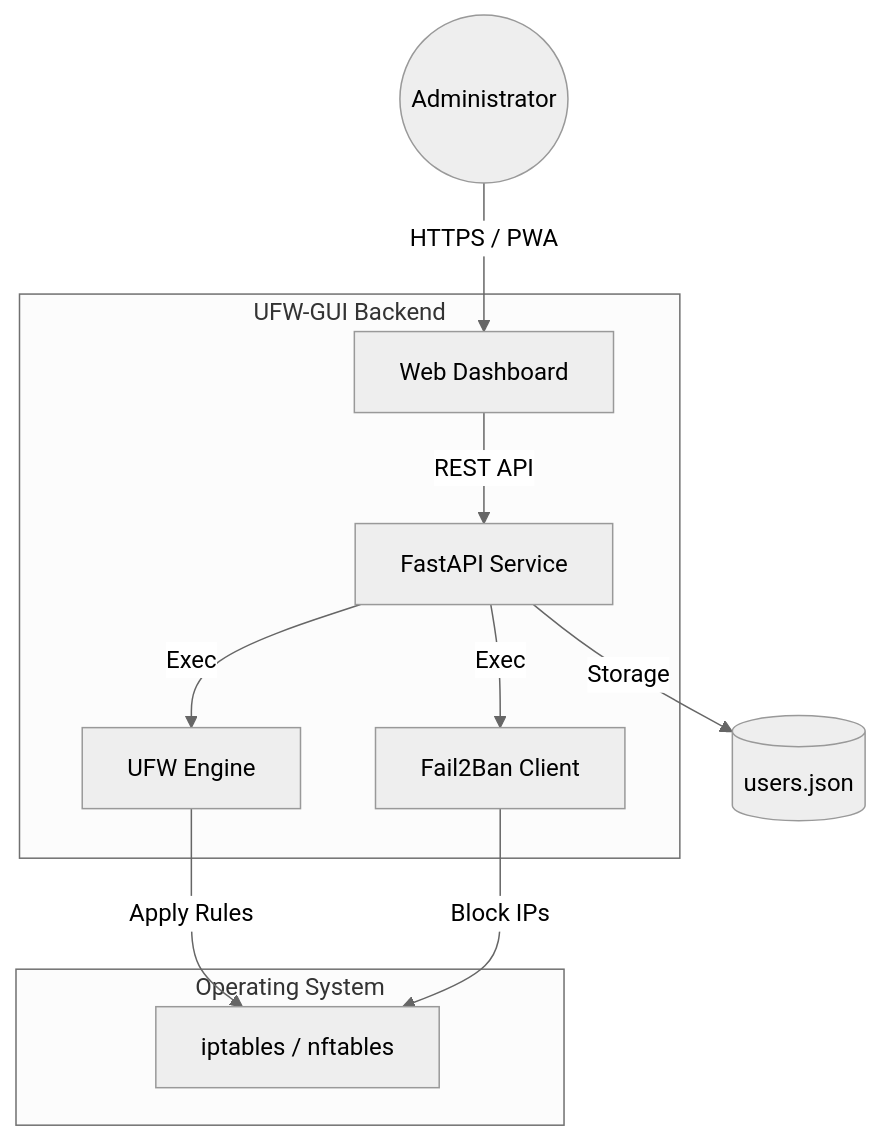
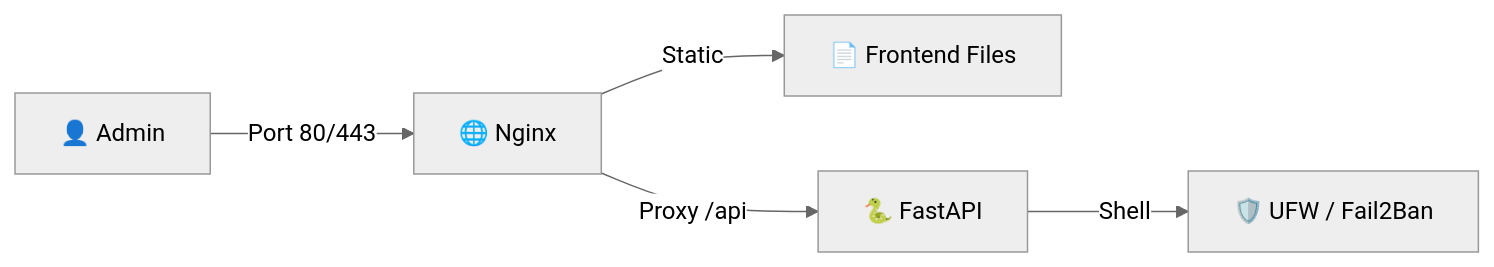
The diagram in README_ENG.md (weby-homelab/ufw-gui), drawn with Mermaid (neutral theme) before and after one commit. The commit also changed other lines of this file and 3 other files, not shown here.

Commit message:
feat: UFW-GUI v1.2.0 - BARE METAL Edition with hardened security

````diff
--- a/README_ENG.md
+++ b/README_ENG.md
@@ -25,17 +88,7 @@
 ```mermaid
-graph TD
-    User((Administrator)) -->|HTTPS / PWA| UI[Web Dashboard]
-    
-    subgraph "UFW-GUI Backend"
-        UI -->|REST API| FastAPI[FastAPI Service]
-        FastAPI -->|Exec| UFW[UFW Engine]
-        FastAPI -->|Exec| F2B[Fail2Ban Client]
-    end
-
-    subgraph "Operating System"
-        UFW -->|Apply Rules| IPT[iptables / nftables]
-        F2B -->|Block IPs| IPT
-    end
-
-    FastAPI -->|Storage| JSON[(users.json)]
+graph LR
+    User[👤 Admin] -->|Port 80/443| Nginx[🌐 Nginx]
+    Nginx -->|Static| Files[📄 Frontend Files]
+    Nginx -->|Proxy /api| Backend[🐍 FastAPI]
+    Backend -->|Shell| UFW[🛡️ UFW / Fail2Ban]
 ```
````
